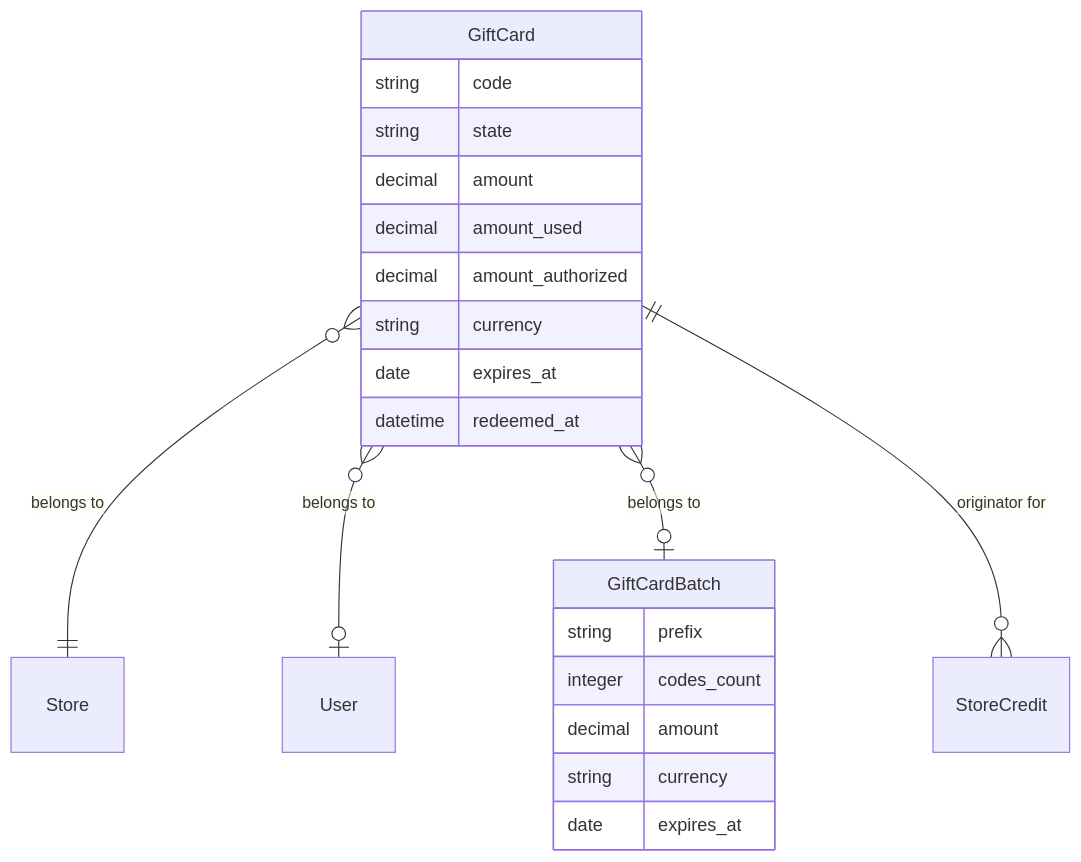
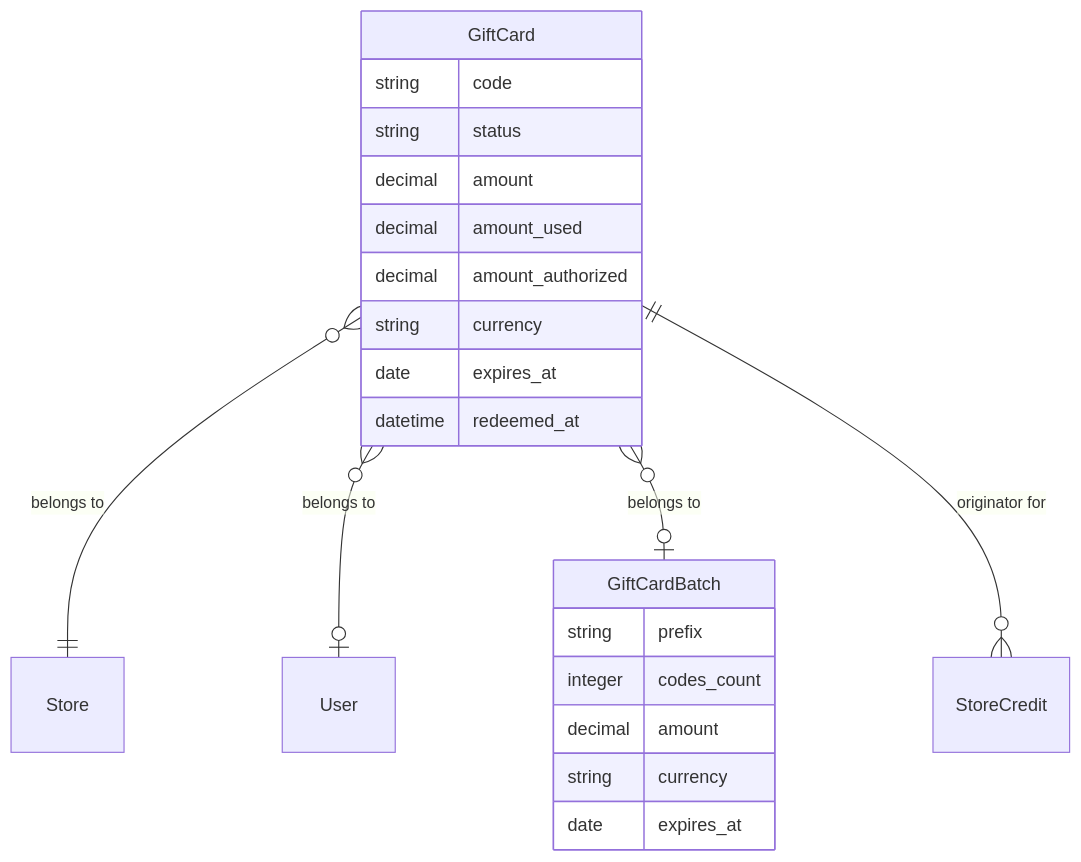
Before and after one commit to spree/spree: the second of 4 diagrams in docs/developer/core-concepts/store-credits-gift-cards.mdx, drawn with Mermaid. The commit also changed other lines of this file and 11 other files, not shown here.

````diff
--- a/docs/developer/core-concepts/store-credits-gift-cards.mdx
+++ b/docs/developer/core-concepts/store-credits-gift-cards.mdx
@@ -173,26 +173,26 @@
 ```mermaid
 erDiagram
     GiftCard }o--|| Store : "belongs to"
     GiftCard }o--o| User : "belongs to"
     GiftCard }o--o| GiftCardBatch : "belongs to"
     GiftCard ||--o{ StoreCredit : "originator for"
 
     GiftCard {
         string code
-        string state
+        string status
         decimal amount
         decimal amount_used
         decimal amount_authorized
         string currency
         date expires_at
         datetime redeemed_at
     }
 
     GiftCardBatch {
         string prefix
         integer codes_count
         decimal amount
         string currency
         date expires_at
     }
 ```
````
